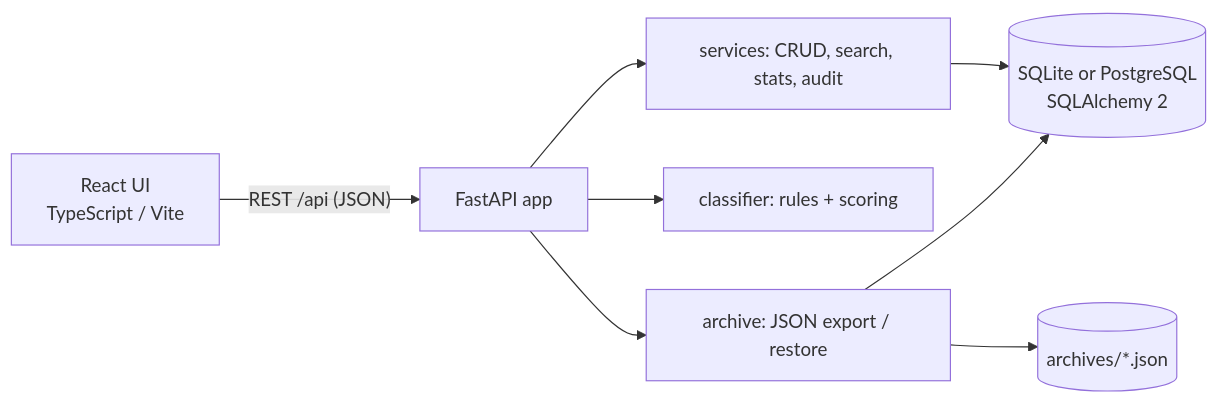
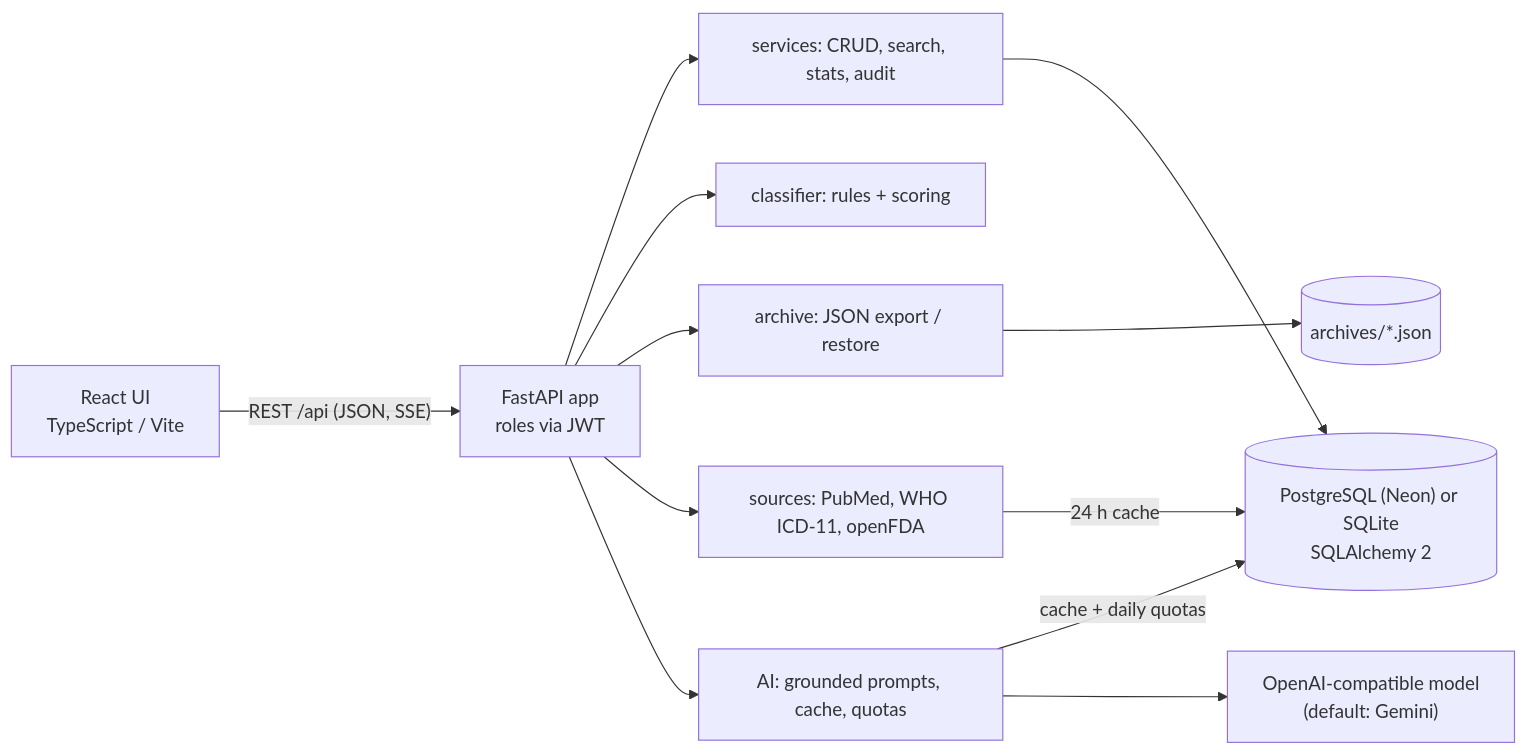
The diagram in README.md (Reczec/medkb), drawn with Mermaid before and after one commit. The commit also changed other lines of this file and 12 other files, not shown here.

````diff
--- a/README.md
+++ b/README.md
@@ -52,10 +64,14 @@
 ```mermaid
 flowchart LR
-    UI["React UI<br/>TypeScript / Vite"] -- "REST /api (JSON)" --> API["FastAPI app"]
+    UI["React UI<br/>TypeScript / Vite"] -- "REST /api (JSON, SSE)" --> API["FastAPI app<br/>roles via JWT"]
     API --> SVC["services: CRUD, search, stats, audit"]
     API --> CLS["classifier: rules + scoring"]
     API --> ARC["archive: JSON export / restore"]
-    SVC --> DB[("SQLite or PostgreSQL<br/>SQLAlchemy 2")]
-    ARC --> DB
+    API --> SRC["sources: PubMed, WHO ICD-11, openFDA"]
+    API --> AI["AI: grounded prompts, cache, quotas"]
+    SRC -- "24 h cache" --> DB
+    AI -- "cache + daily quotas" --> DB
+    SVC --> DB[("PostgreSQL (Neon) or SQLite<br/>SQLAlchemy 2")]
+    AI --> LLM["OpenAI-compatible model<br/>(default: Gemini)"]
     ARC --> FS[("archives/*.json")]
 ```
````
